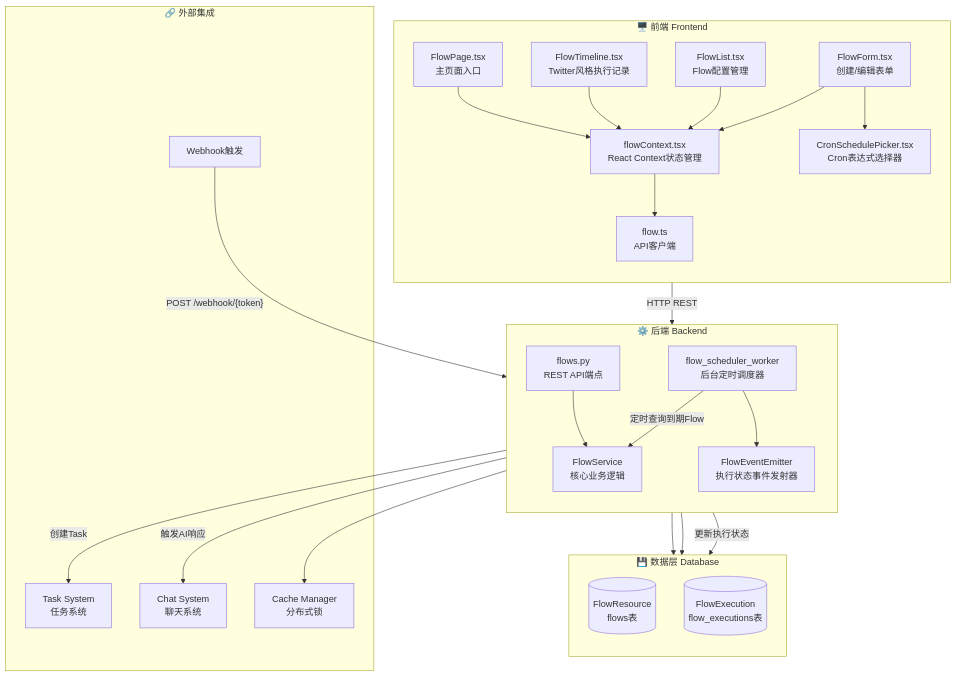
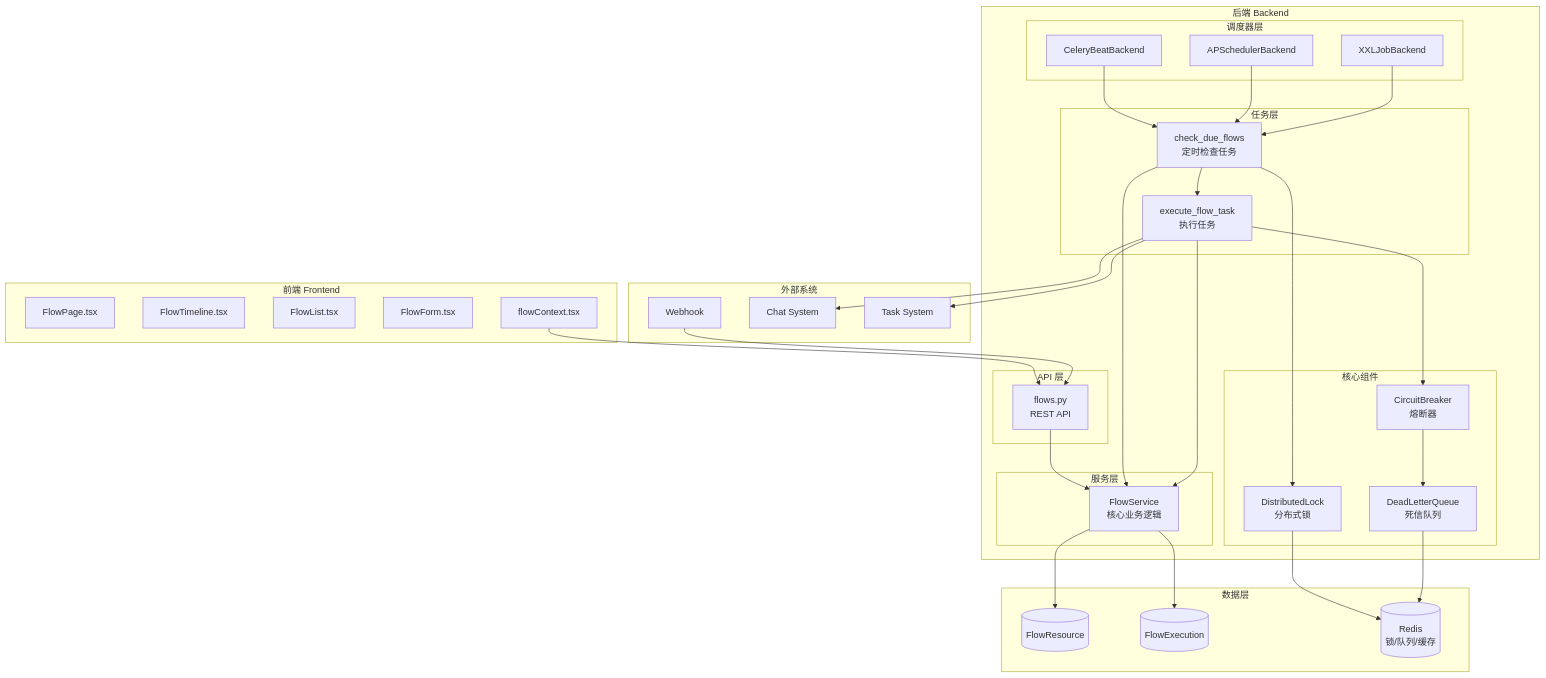
Before and after one commit to wecode-ai/Wegent: the first of 3 diagrams in docs/ai-flow-architecture.md, drawn with Mermaid. The commit also changed other lines of this file and 7 other files, not shown here.

````diff
--- a/docs/ai-flow-architecture.md
+++ b/docs/ai-flow-architecture.md
@@ -83,54 +92,73 @@
 ```mermaid
 flowchart TB
-    subgraph Frontend["🖥️ 前端 Frontend"]
-        direction TB
-        FP["FlowPage.tsx<br/>主页面入口"]
-        FT["FlowTimeline.tsx<br/>Twitter风格执行记录"]
-        FL["FlowList.tsx<br/>Flow配置管理"]
-        FF["FlowForm.tsx<br/>创建/编辑表单"]
-        CP["CronSchedulePicker.tsx<br/>Cron表达式选择器"]
-        FC["flowContext.tsx<br/>React Context状态管理"]
-        FAPI["flow.ts<br/>API客户端"]
+    subgraph Frontend["前端 Frontend"]
+        FP["FlowPage.tsx"]
+        FT["FlowTimeline.tsx"]
+        FL["FlowList.tsx"]
+        FF["FlowForm.tsx"]
+        FC["flowContext.tsx"]
     end
 
-    subgraph Backend["⚙️ 后端 Backend"]
-        direction TB
-        EP["flows.py<br/>REST API端点"]
-        SVC["FlowService<br/>核心业务逻辑"]
-        SCH["flow_scheduler_worker<br/>后台定时调度器"]
-        EMT["FlowEventEmitter<br/>执行状态事件发射器"]
+    subgraph Backend["后端 Backend"]
+        subgraph API["API 层"]
+            EP["flows.py<br/>REST API"]
+        end
+
+        subgraph Service["服务层"]
+            SVC["FlowService<br/>核心业务逻辑"]
+        end
+
+        subgraph Tasks["任务层"]
+            CHK["check_due_flows<br/>定时检查任务"]
+            EXE["execute_flow_task<br/>执行任务"]
+        end
+
+        subgraph Scheduler["调度器层"]
+            SCH_CELERY["CeleryBeatBackend"]
+            SCH_APS["APSchedulerBackend"]
+            SCH_XXL["XXLJobBackend"]
+        end
+
+        subgraph Core["核心组件"]
+            CB["CircuitBreaker<br/>熔断器"]
+            DLQ["DeadLetterQueue<br/>死信队列"]
+            DL["DistributedLock<br/>分布式锁"]
+        end
     end
 
-    subgraph Database["💾 数据层 Database"]
-        direction TB
-        FR[("FlowResource<br/>flows表")]
-        FE[("FlowExecution<br/>flow_executions表")]
+    subgraph Data["数据层"]
+        DB_FLOW[("FlowResource")]
+        DB_EXEC[("FlowExecution")]
+        REDIS[("Redis<br/>锁/队列/缓存")]
     end
 
-    subgraph External["🔗 外部集成"]
-        WH["Webhook触发"]
-        TS["Task System<br/>任务系统"]
-        CS["Chat System<br/>聊天系统"]
-        CACHE["Cache Manager<br/>分布式锁"]
+    subgraph External["外部系统"]
+        WH["Webhook"]
+        CHAT["Chat System"]
+        TASK["Task System"]
     end
 
-    FP --> FC
-    FT --> FC
-    FL --> FC
-    FF --> FC
-    FF --> CP
-    FC --> FAPI
+    FC --> EP
+    EP --> SVC
+    SVC --> DB_FLOW
+    SVC --> DB_EXEC
 
-    FAPI -->|"HTTP REST"| EP
-    EP --> SVC
-    SVC --> FR
-    SVC --> FE
-    SCH -->|"定时查询到期Flow"| SVC
-    SCH --> EMT
-    SCH --> CACHE
-    EMT -->|"更新执行状态"| FE
+    SCH_CELERY --> CHK
+    SCH_APS --> CHK
+    SCH_XXL --> CHK
 
-    SVC -->|"创建Task"| TS
-    SVC -->|"触发AI响应"| CS
-    WH -->|"POST /webhook/{token}"| EP
+    CHK --> DL
+    CHK --> SVC
+    CHK --> EXE
+
+    EXE --> SVC
+    EXE --> CB
+    EXE --> CHAT
+    EXE --> TASK
+
+    CB --> DLQ
+    DL --> REDIS
+    DLQ --> REDIS
+
+    WH --> EP
 ```
````
